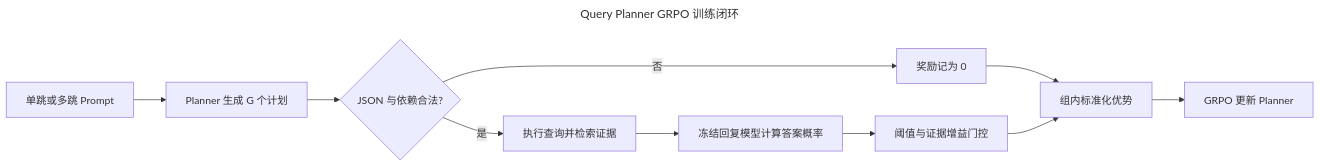
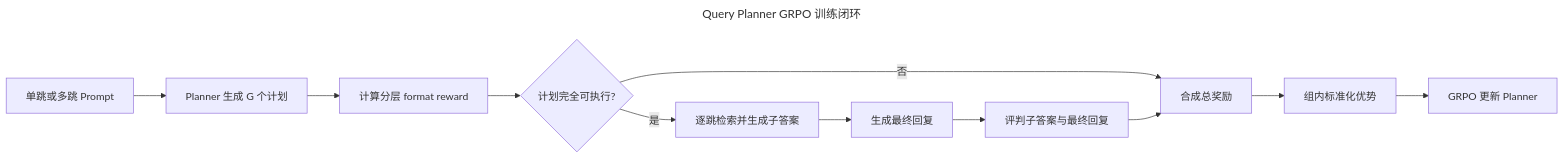
Before and after one commit to BrenchCC/Policy-Query-Planner: the diagram in docs/grpo_algorithm_design.md, drawn with Mermaid. The commit also changed other lines of this file and 29 other files, not shown here.

````diff
--- a/docs/grpo_algorithm_design.md
+++ b/docs/grpo_algorithm_design.md
@@ -25,17 +26,18 @@
 ```mermaid
 ---
 title: Query Planner GRPO 训练闭环
 ---
 flowchart LR
     accTitle: Query Planner GRPO 训练闭环
-    accDescr: Planner 为每个问题生成多个计划，合法计划执行检索并由冻结回复模型打分，随后进行组内优势归一化和 GRPO 更新。
-    A[单跳或多跳 Prompt] --> B[Planner 生成 G 个计划]
-    B --> C{JSON 与依赖合法?}
-    C -- 否 --> D[奖励记为 0]
-    C -- 是 --> E[执行查询并检索证据]
-    E --> F[冻结回复模型计算答案概率]
-    F --> G[阈值与证据增益门控]
-    D --> H[组内标准化优势]
-    G --> H
-    H --> I[GRPO 更新 Planner]
+    accDescr: Planner 为每个问题生成多个计划，先计算格式奖励，再逐跳检索并生成子答案，随后生成和评判最终答案，最后合成奖励进行 GRPO 更新。
+    input_prompt[单跳或多跳 Prompt] --> generate_plan[Planner 生成 G 个计划]
+    generate_plan --> score_format[计算分层 format reward]
+    score_format --> executable{计划完全可执行?}
+    executable -- 否 --> combine_reward[合成总奖励]
+    executable -- 是 --> answer_hops[逐跳检索并生成子答案]
+    answer_hops --> generate_final[生成最终回复]
+    generate_final --> judge_chain[评判子答案与最终回复]
+    judge_chain --> combine_reward
+    combine_reward --> normalize_advantage[组内标准化优势]
+    normalize_advantage --> update_planner[GRPO 更新 Planner]
 ```
````
